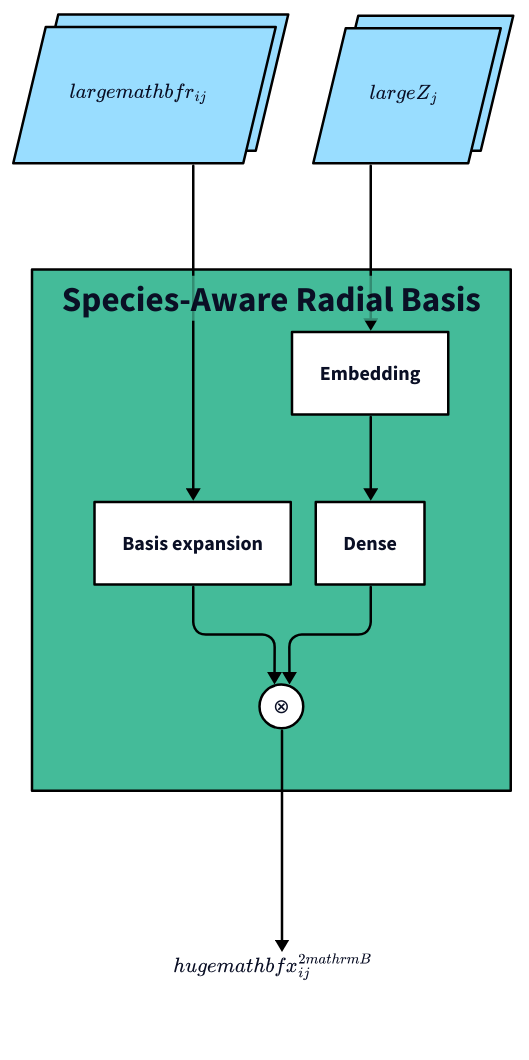
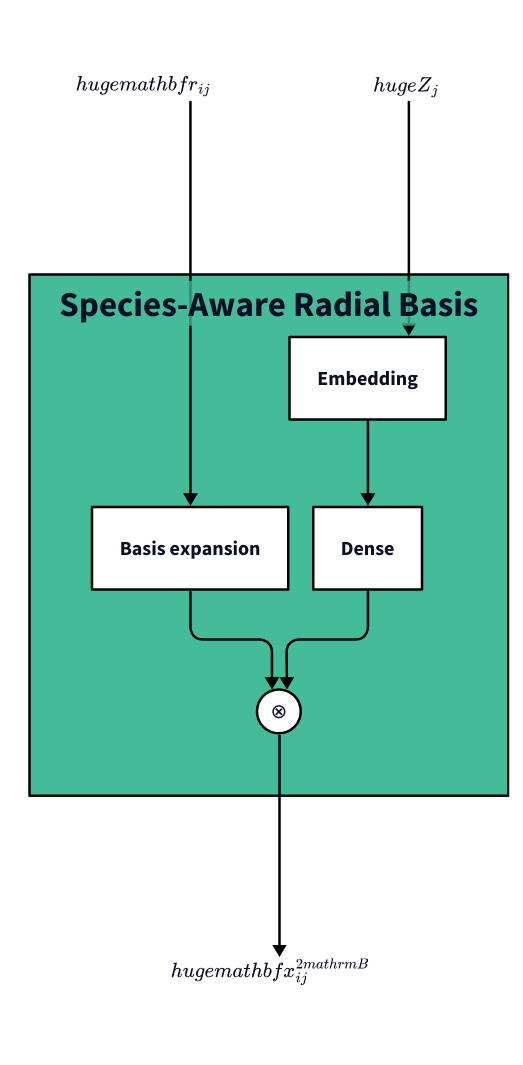
The diagram in architecture_figures/1_sarb.d2 (SamsungDS/gears_h), drawn with D2 before and after one commit.

Commit message:
Remove input class from SARB block inputs for clarity/space

```diff
--- a/architecture_figures/1_sarb.d2
+++ b/architecture_figures/1_sarb.d2
@@ -1,120 +1,120 @@
 # direction: right
 
 vars: {
     d2-config: {
       layout-engine: elk
     #   theme-id: 101
       pad: 10
     }
 }
 
 zj: {label: ""
      equation: |latex
-         \large{Z_j}
+         \huge{Z_j}
      |
-     class: input
+     class: empty
 }
 r: {label: ""
     equation: |latex
-        \large{\mathbf{r}_{ij}}
+        \huge{\mathbf{r}_{ij}}
     |
-    class: input
+    class: empty
 }
 f: {label: ""
     equation: |latex
         \huge{\mathbf{x}^{2\mathrm{B}}_{ij}}
     |
     class: empty
     label.near: outside-bottom-center
 }
 
 sarb: Species-Aware Radial Basis {
     class: sarb
     embedding: Embedding {class: in_module}
     basis: Basis expansion {class: in_module}
     dense: Dense {class: in_module}
     ⊗: {class: operator}
     # ⊕: {class: operator}
 
-    _.r -> basis: {style: {stroke: "#000000"}}
-    _.zj -> embedding: {style: {stroke: "#000000"}}
+    _.r.equation -> basis: {style: {stroke: "#000000"}}
+    _.zj.equation -> embedding: {style: {stroke: "#000000"}}
     embedding -> dense: {style: {stroke: "#000000"; font-color: black}}
     dense -> ⊗: {style: {stroke: "#000000"}}
     basis -> ⊗: {style: {stroke: "#000000"}}
     ⊗ -> _.f.equation: {style: {stroke: "#000000"}}
 }
 
 classes: {
     operator: {shape: circle
                width: 35
                height: 35
                style: {fill: "#FFFFFF"
                        stroke: "#000000"
                       }
     }
     empty: {
             width: 50
             height: 10
             style: {
                 fill: transparent
                 stroke: transparent
                 font-size: 24
             }
     }
     sarb: {
         style: {
             fill: "#44BB99"
             stroke: "#000000"
             bold: true
         }
     }
     in_module: {
         style: {
             fill: "#FFFFFF"
             stroke: "#000000"
             # opacity: 0.5
         }
     }
     ac: {
         style: {
             fill: "#BBCC33"
             stroke: "#000000"
         }
     }
     bc: {
         style: {
             fill: "#EEDD88"
             stroke: "#000000"
         }
     }
     rd: {
         style: {
             fill: "#EE8866"
             stroke: "#000000"
         }
     }
     ro: {
         style: {
             fill: "#FFAABB"
             stroke: "#000000"
         }
     }
     outs: {
         style: {
             fill: "#DDDDDD"
             stroke: "#000000"
             multiple: true
         }
     }
     input : {
         # label: ""
         width: 50
         height: 50
         shape: parallelogram
         style: {
             fill: "#99DDFF"
             stroke: "#000000"
             multiple: true
         }
     }
 }
```
